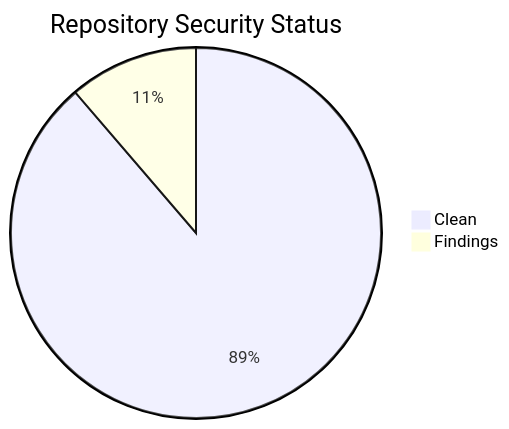
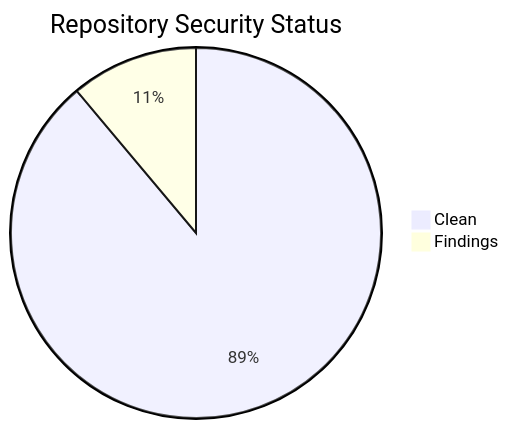
The second of 2 diagrams in projects/status.md (icepaule/icepaule.github.io), drawn with Mermaid before and after one commit. The commit also changed other lines of this file and 55 other files, not shown here.

````diff
--- a/projects/status.md
+++ b/projects/status.md
@@ -125,5 +126,5 @@
 ```mermaid
 pie title Repository Security Status
-    "Clean" : 55
+    "Clean" : 56
     "Findings" : 7
 ```
````
